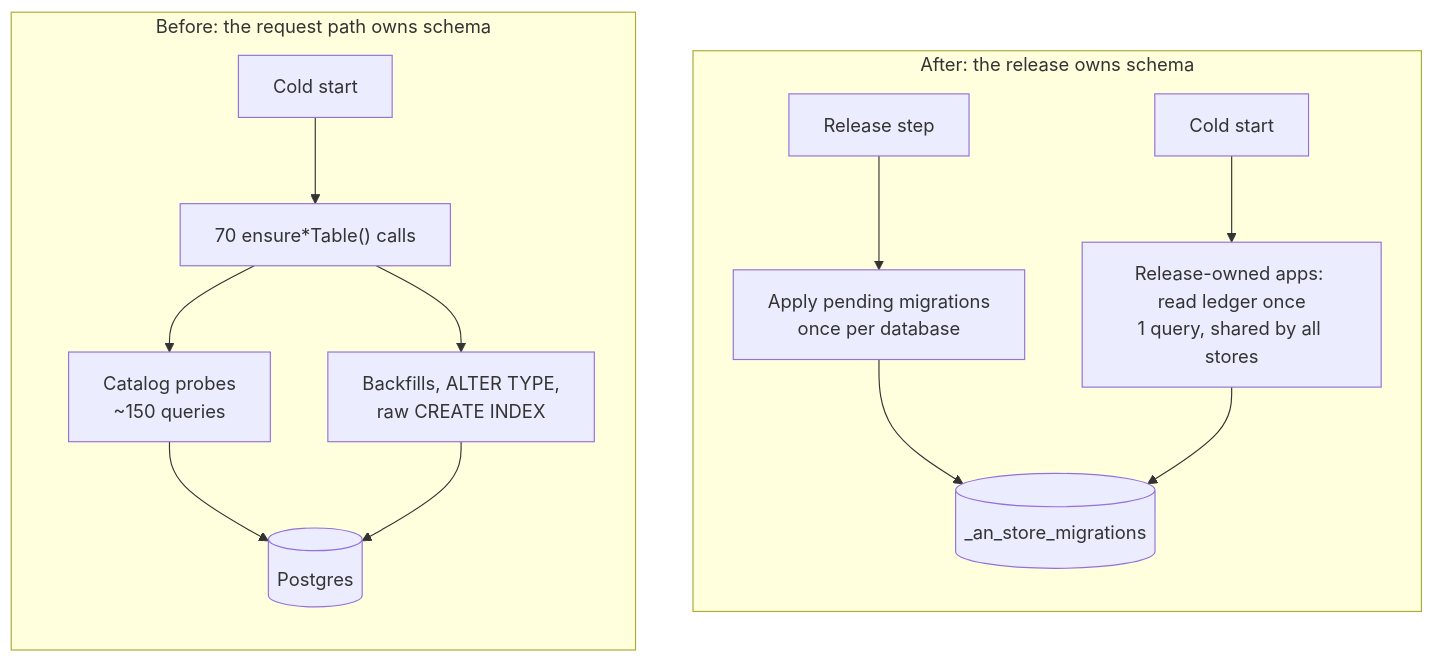
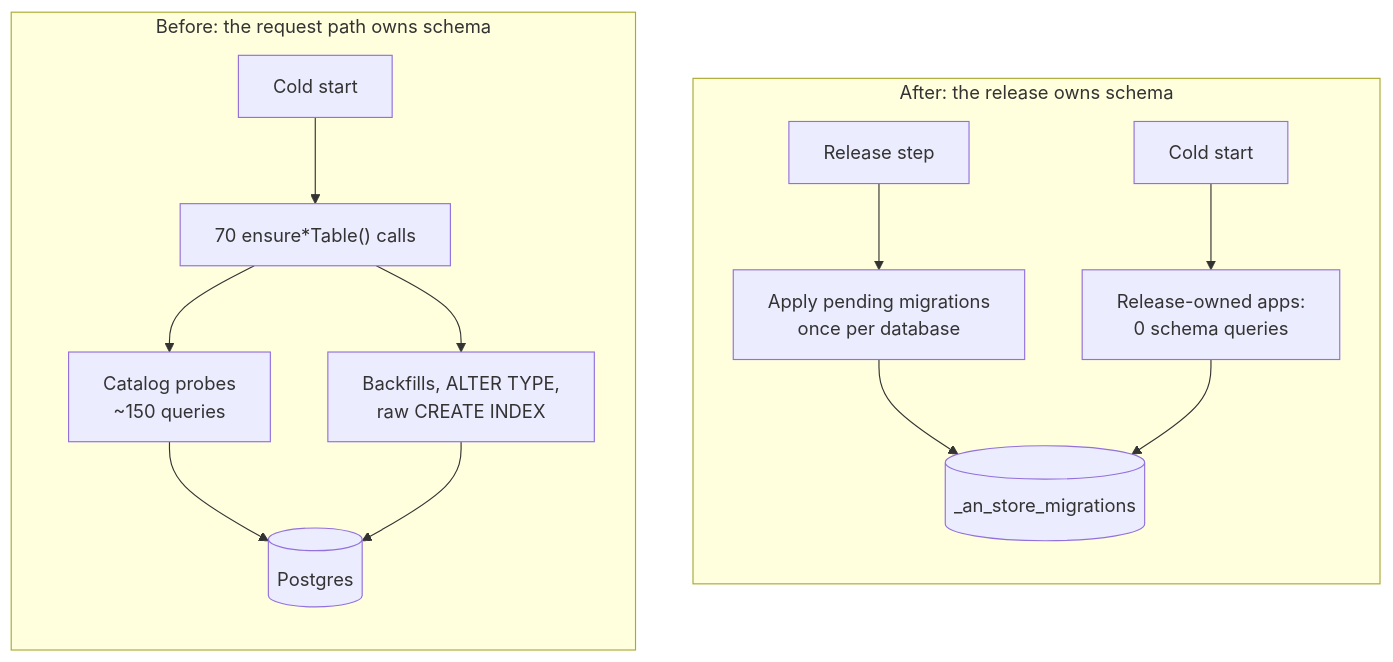
One commit to BuilderIO/agent-native changed the first of 20 diagrams in docs/plans/2026-09-28-store-registry-schema-ownership.md. Above: the diagram before and after it, drawn with Mermaid. The commit also changed other lines of this file and 15 other files, not shown here.

First line of the commit message:
Move schema verification to the release step and add the upgrade test

````diff
--- a/docs/plans/2026-09-28-store-registry-schema-ownership.md
+++ b/docs/plans/2026-09-28-store-registry-schema-ownership.md
@@ -53,19 +53,19 @@
 ```mermaid
 flowchart LR
   subgraph before["Before: the request path owns schema"]
     direction TB
     B1["Cold start"] --> B2["70 ensure*Table() calls"]
     B2 --> B3["Catalog probes<br/>~150 queries"]
     B2 --> B4["Backfills, ALTER TYPE,<br/>raw CREATE INDEX"]
     B3 --> DB1[("Postgres")]
     B4 --> DB1
   end
   subgraph after["After: the release owns schema"]
     direction TB
     A0["Release step"] --> A1["Apply pending migrations<br/>once per database"]
     A1 --> DB2[("_an_store_migrations")]
-    A3["Cold start"] --> A4["Release-owned apps: read ledger once<br/>1 query, shared by all stores"]
+    A3["Cold start"] --> A4["Release-owned apps:<br/>0 schema queries"]
     A4 --> DB2
   end
   before ~~~ after
 ```
````
